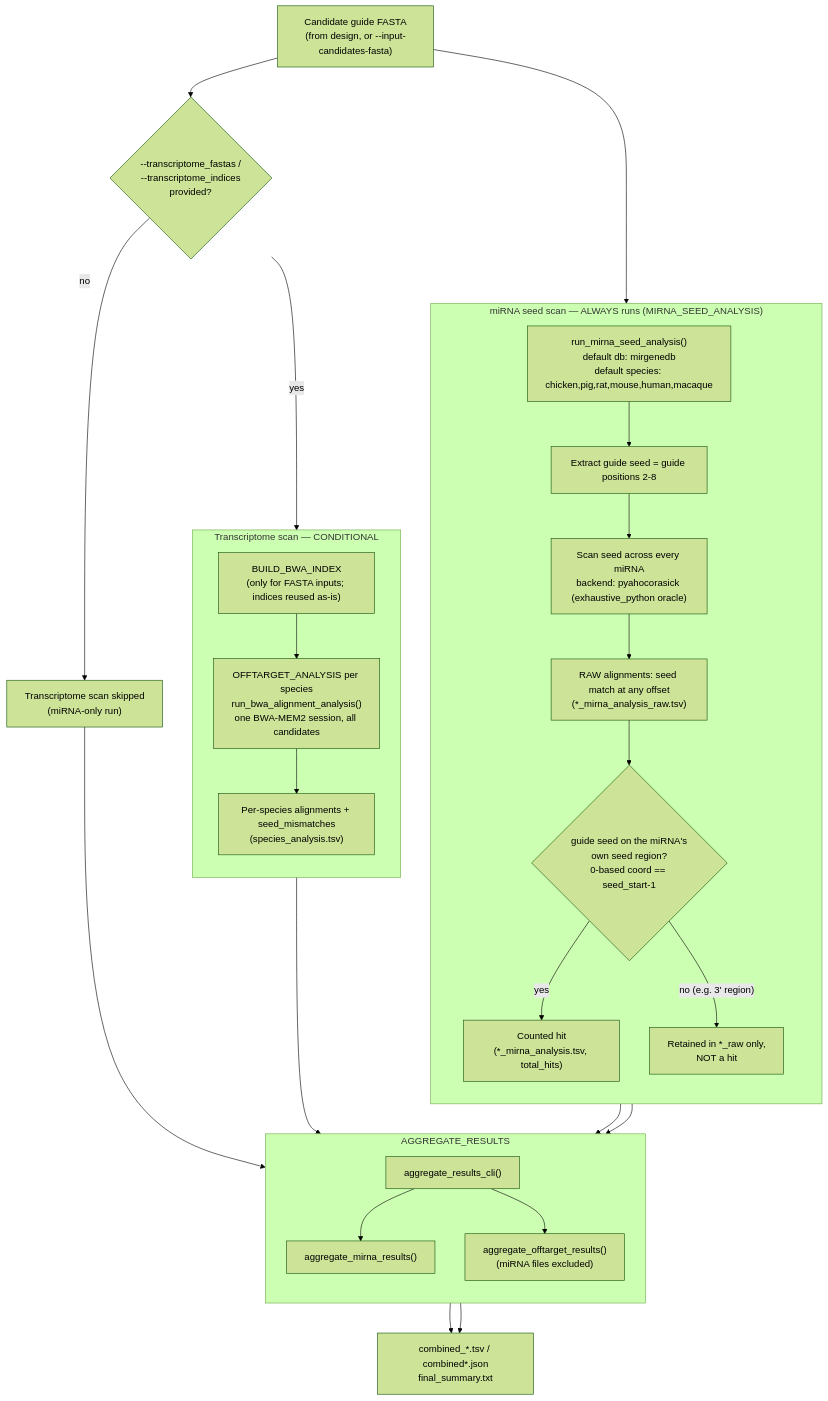
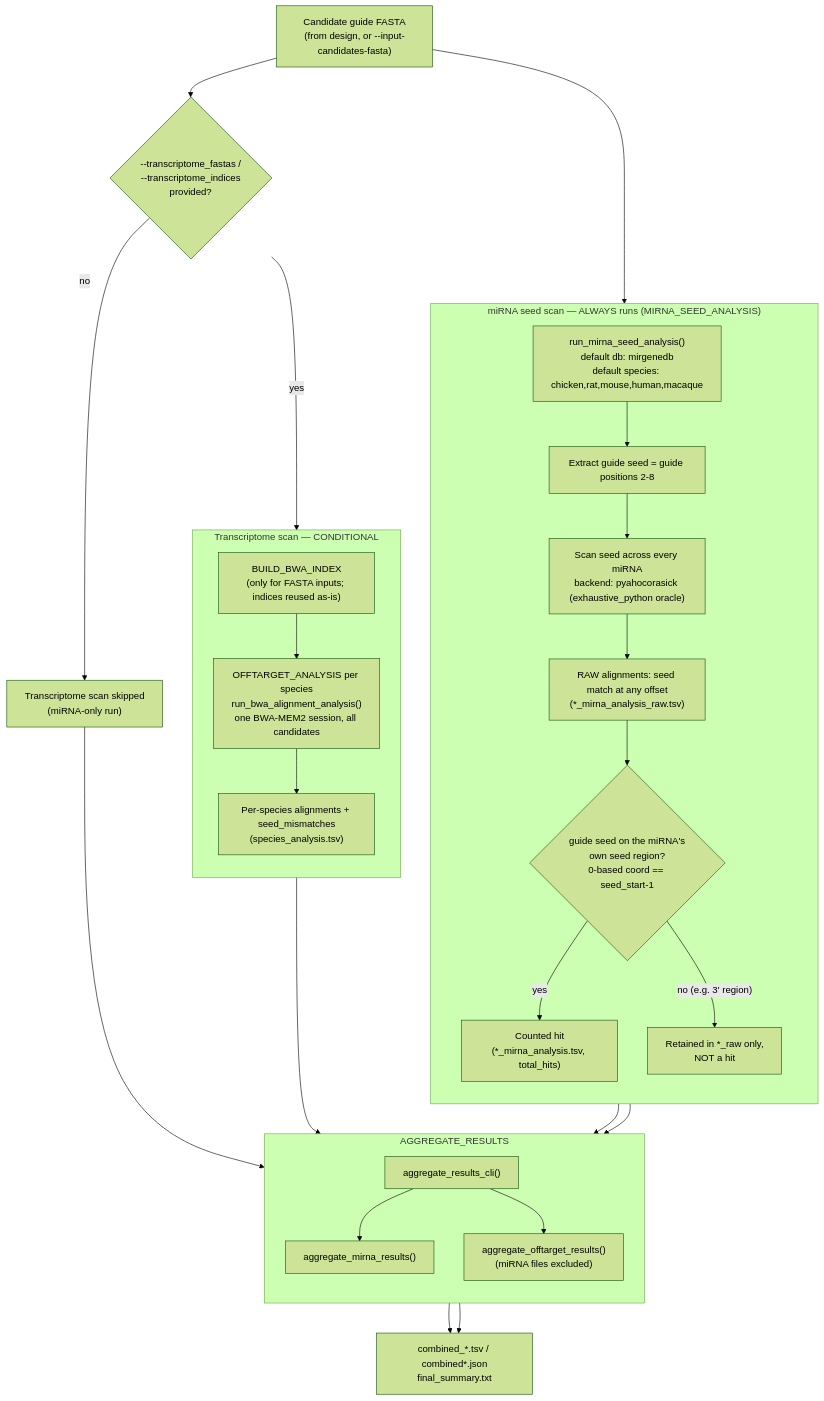
The diagram in docs/workflows.md (Austin-s-h/sirnaforge), drawn with Mermaid (forest theme) before and after one commit. The commit also changed 9 other files, not shown here.

````diff
--- a/docs/workflows.md
+++ b/docs/workflows.md
@@ -155,44 +155,44 @@
 ```{mermaid}
 flowchart TD
     IN["Candidate guide FASTA<br/>(from design, or --input-candidates-fasta)"]
 
     IN --> MIR
     IN --> GATE
 
     subgraph MIRNA["miRNA seed scan — ALWAYS runs (MIRNA_SEED_ANALYSIS)"]
         direction TB
-        MIR["run_mirna_seed_analysis()<br/>default db: mirgenedb<br/>default species: chicken,pig,rat,mouse,human,macaque"]
+        MIR["run_mirna_seed_analysis()<br/>default db: mirgenedb<br/>default species: chicken,rat,mouse,human,macaque"]
         MIR --> SEED["Extract guide seed = guide positions 2-8"]
         SEED --> SCAN["Scan seed across every miRNA<br/>backend: pyahocorasick (exhaustive_python oracle)"]
         SCAN --> RAW["RAW alignments: seed match at any offset<br/>(*_mirna_analysis_raw.tsv)"]
         RAW --> FILT{"guide seed on the miRNA's<br/>own seed region?<br/>0-based coord == seed_start-1"}
         FILT -->|yes| HIT["Counted hit<br/>(*_mirna_analysis.tsv, total_hits)"]
         FILT -->|"no (e.g. 3' region)"| RAWONLY["Retained in *_raw only,<br/>NOT a hit"]
     end
 
     GATE{"--transcriptome_fastas /<br/>--transcriptome_indices<br/>provided?"}
     GATE -->|no| SKIP["Transcriptome scan skipped<br/>(miRNA-only run)"]
     GATE -->|yes| TXSCAN
 
     subgraph TXSCAN["Transcriptome scan — CONDITIONAL"]
         direction TB
         BIDX["BUILD_BWA_INDEX<br/>(only for FASTA inputs; indices reused as-is)"]
         BIDX --> OT["OFFTARGET_ANALYSIS per species<br/>run_bwa_alignment_analysis()<br/>one BWA-MEM2 session, all candidates"]
         OT --> GHITS["Per-species alignments + seed_mismatches<br/>(species_analysis.tsv)"]
     end
 
     HIT --> AGG
     RAWONLY --> AGG
     GHITS --> AGG
     SKIP --> AGG
 
     subgraph AGGREGATE["AGGREGATE_RESULTS"]
         direction TB
         AGG["aggregate_results_cli()"]
         AGG --> AMIR["aggregate_mirna_results()"]
         AGG --> AGEN["aggregate_offtarget_results()<br/>(miRNA files excluded)"]
     end
 
     AMIR --> OUT["combined_*.tsv / combined*.json<br/>final_summary.txt"]
     AGEN --> OUT
 ```
````
